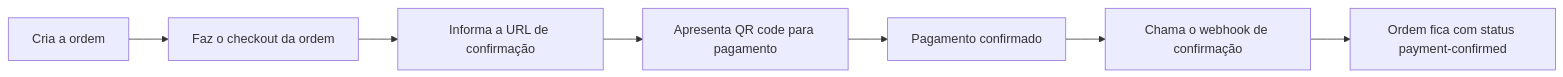
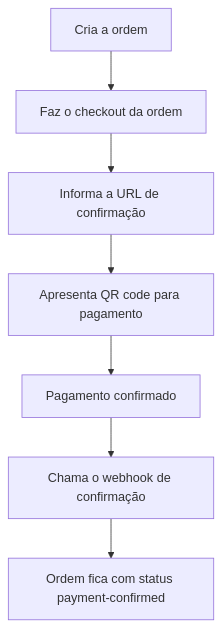
Before and after one commit to caiojorge/fiap-challenge-clean-arch-9SOAT: the diagram in README.md, drawn with Mermaid. The commit also changed other lines of this file, not shown here.

````diff
--- a/README.md
+++ b/README.md
@@ -278,9 +278,9 @@
 ```mermaid
-flowchart LR
+flowchart TD
     A[Cria a ordem] --> B[Faz o checkout da ordem]
     B --> C[Informa a URL de confirmação]
     C --> D[Apresenta QR code para pagamento]
     D --> E[Pagamento confirmado]
     E --> F[Chama o webhook de confirmação]
     F --> G[Ordem fica com status payment-confirmed]
 ```
````
